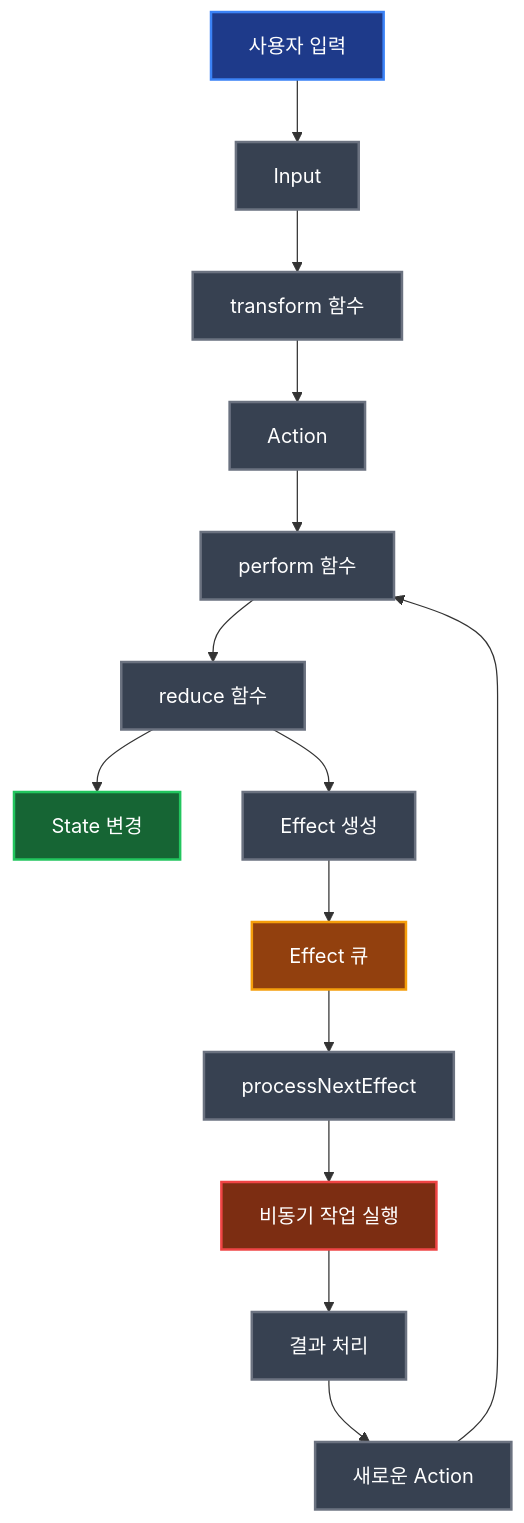
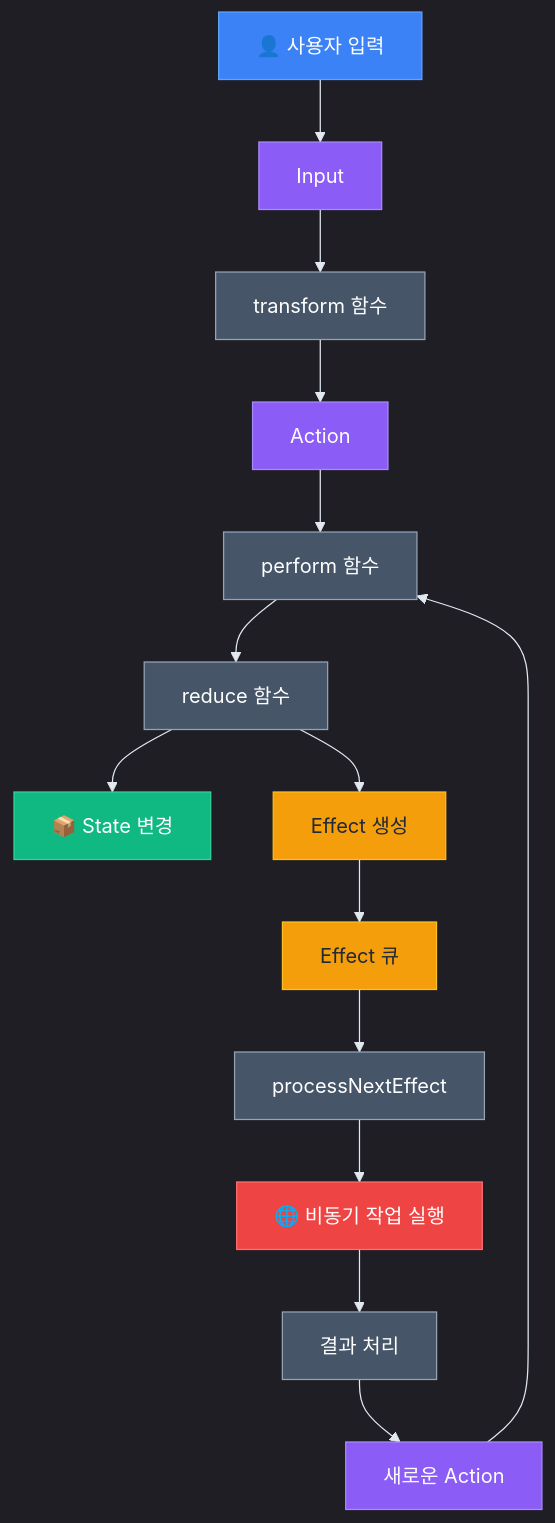
One commit to Jimmy-Jung/AsyncViewModel changed the first of 5 diagrams in AsyncViewModel_동작원리_가이드.md. Above: the diagram before and after it, drawn with Mermaid. The commit also changed other lines of this file and 1 other file, not shown here.

First line of the commit message:
docs: [가이드-문서] AsyncViewModel 동작원리 가이드 및 README 개선

````diff
--- a/AsyncViewModel_동작원리_가이드.md
+++ b/AsyncViewModel_동작원리_가이드.md
@@ -122,30 +314,26 @@
 ```mermaid
+%%{init: {'theme': 'dark', 'themeVariables': {'lineColor': '#e2e8f0', 'textColor': '#f8fafc'}}}%%
 graph TD
-    A[사용자 입력] --> B[Input]
-    B --> C[transform 함수]
-    C --> D[Action]
-    D --> E[perform 함수]
-    E --> F[reduce 함수]
-    F --> G[State 변경]
-    F --> H[Effect 생성]
-    H --> I[Effect 큐]
-    I --> J[processNextEffect]
-    J --> K[비동기 작업 실행]
-    K --> L[결과 처리]
-    L --> M[새로운 Action]
+    A[👤 사용자 입력]:::user --> B[Input]:::input
+    B --> C[transform 함수]:::func
+    C --> D[Action]:::action
+    D --> E[perform 함수]:::func
+    E --> F[reduce 함수]:::func
+    F --> G[📦 State 변경]:::state
+    F --> H[Effect 생성]:::effect
+    H --> I[Effect 큐]:::queue
+    I --> J[processNextEffect]:::func
+    J --> K[🌐 비동기 작업 실행]:::async
+    K --> L[결과 처리]:::func
+    L --> M[새로운 Action]:::action
     M --> E
     
-    style A fill:#1e3a8a,stroke:#3b82f6,stroke-width:2px,color:#ffffff
-    style B fill:#374151,stroke:#6b7280,stroke-width:2px,color:#ffffff
-    style C fill:#374151,stroke:#6b7280,stroke-width:2px,color:#ffffff
-    style D fill:#374151,stroke:#6b7280,stroke-width:2px,color:#ffffff
-    style E fill:#374151,stroke:#6b7280,stroke-width:2px,color:#ffffff
-    style F fill:#374151,stroke:#6b7280,stroke-width:2px,color:#ffffff
-    style G fill:#166534,stroke:#22c55e,stroke-width:2px,color:#ffffff
-    style H fill:#374151,stroke:#6b7280,stroke-width:2px,color:#ffffff
-    style I fill:#92400e,stroke:#f59e0b,stroke-width:2px,color:#ffffff
-    style J fill:#374151,stroke:#6b7280,stroke-width:2px,color:#ffffff
-    style K fill:#7c2d12,stroke:#ef4444,stroke-width:2px,color:#ffffff
-    style L fill:#374151,stroke:#6b7280,stroke-width:2px,color:#ffffff
-    style M fill:#374151,stroke:#6b7280,stroke-width:2px,color:#ffffff
+    classDef user fill:#3b82f6,stroke:#60a5fa,color:#ffffff
+    classDef input fill:#8b5cf6,stroke:#a78bfa,color:#ffffff
+    classDef action fill:#8b5cf6,stroke:#a78bfa,color:#ffffff
+    classDef func fill:#475569,stroke:#94a3b8,color:#ffffff
+    classDef state fill:#10b981,stroke:#34d399,color:#ffffff
+    classDef effect fill:#f59e0b,stroke:#fbbf24,color:#1f2937
+    classDef queue fill:#f59e0b,stroke:#fbbf24,color:#1f2937
+    classDef async fill:#ef4444,stroke:#f87171,color:#ffffff
 ```
````
